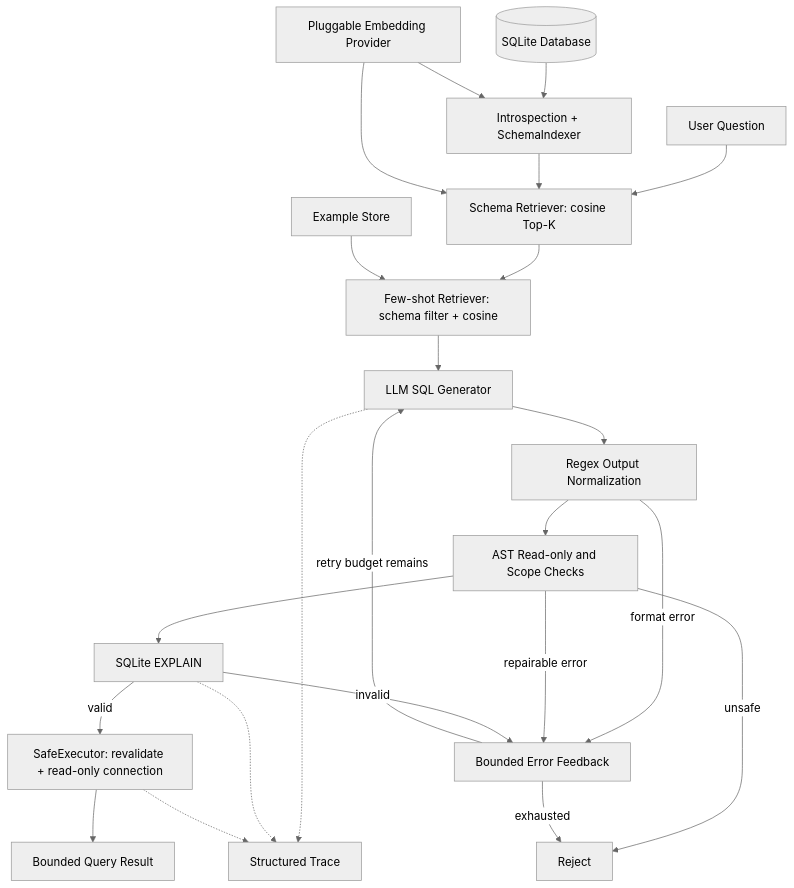
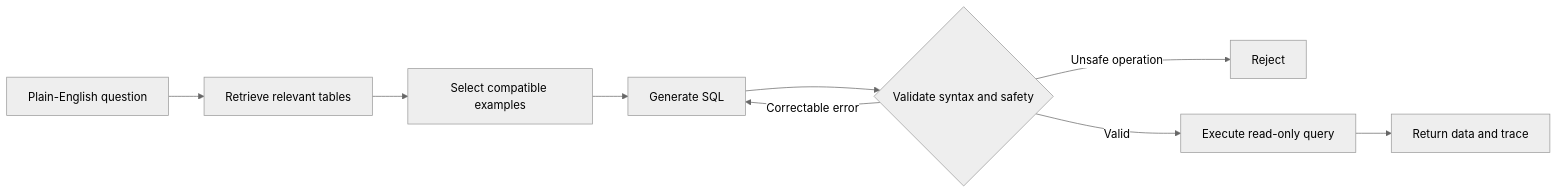
The diagram in README.md (Wilhelmvsop/Text2SQL-agent), drawn with Mermaid (neutral theme) before and after one commit. The commit also changed other lines of this file and 9 other files, not shown here.

````diff
--- a/README.md
+++ b/README.md
@@ -36,25 +44,11 @@
 ```mermaid
-flowchart TD
-    Q[User Question] --> SR[Schema Retriever: cosine Top-K]
-    DB[(SQLite Database)] --> I[Introspection + SchemaIndexer]
-    I --> SR
-    EP[Pluggable Embedding Provider] --> I
-    EP --> SR
-    SR --> FS[Few-shot Retriever: schema filter + cosine]
-    ES[Example Store] --> FS
-    FS --> G[LLM SQL Generator]
-    G --> N[Regex Output Normalization]
-    N --> S[AST Read-only and Scope Checks]
-    S --> V[SQLite EXPLAIN]
-    S -->|unsafe| STOP[Reject]
-    N -->|format error| C[Bounded Error Feedback]
-    S -->|repairable error| C
-    V -->|invalid| C
-    C -->|retry budget remains| G
-    C -->|exhausted| STOP
-    V -->|valid| E[SafeExecutor: revalidate + read-only connection]
-    E --> R[Bounded Query Result]
-    G -.-> T[Structured Trace]
-    V -.-> T
-    E -.-> T
+flowchart LR
+    A[Plain-English question] --> B[Retrieve relevant tables]
+    B --> C[Select compatible examples]
+    C --> D[Generate SQL]
+    D --> E{Validate syntax and safety}
+    E -->|Correctable error| D
+    E -->|Unsafe operation| F[Reject]
+    E -->|Valid| G[Execute read-only query]
+    G --> H[Return data and trace]
 ```
````
